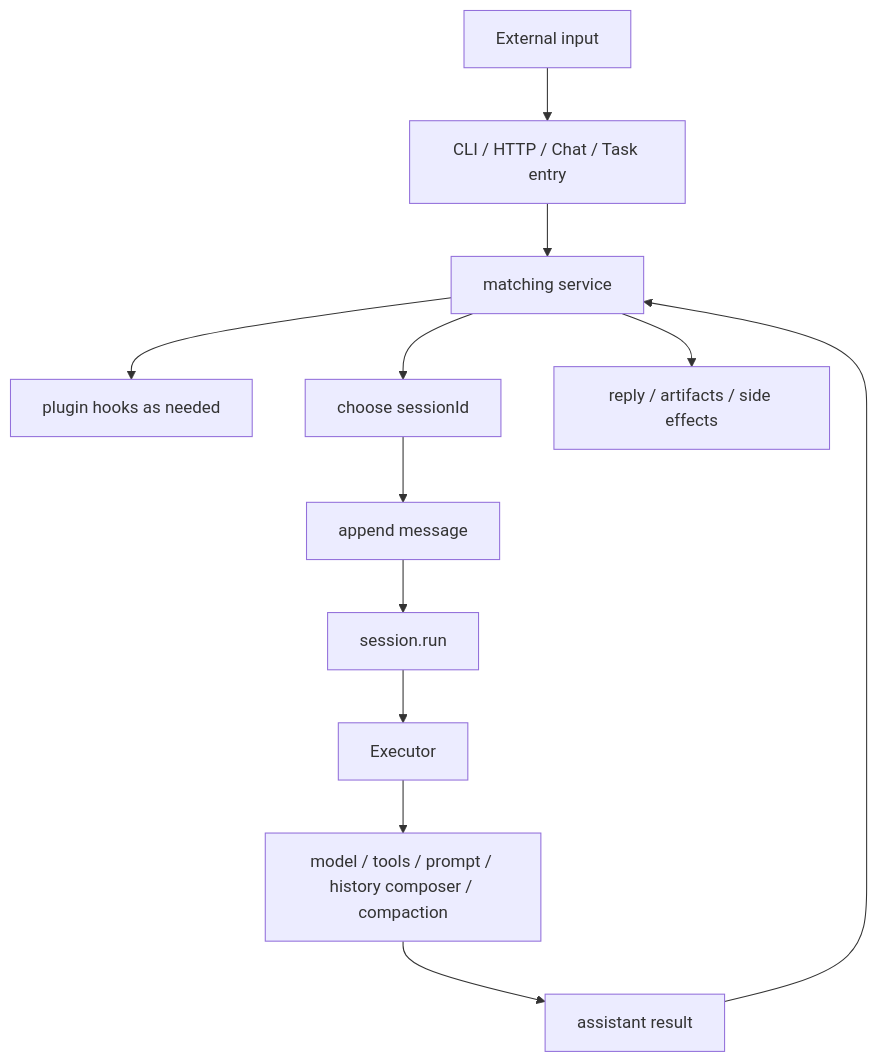
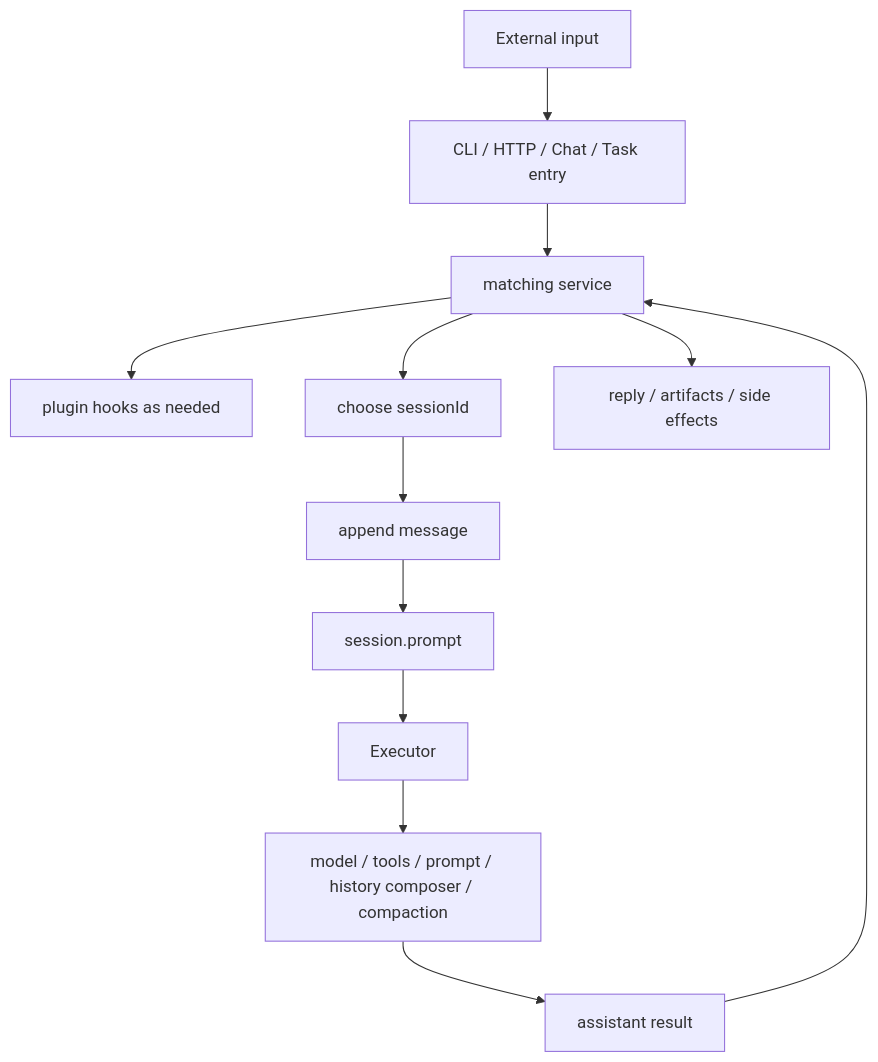
One commit to wangenius/downcity changed the third of 3 diagrams in homepage/content/devdocs/en/architecture/system-logic.mdx. Above: the diagram before and after it, drawn with Mermaid. The commit also changed 100 other files, not shown here.

Commit message:
feat(agent): add session prompt actor api

````diff
--- a/homepage/content/devdocs/en/architecture/system-logic.mdx
+++ b/homepage/content/devdocs/en/architecture/system-logic.mdx
@@ -173,14 +173,14 @@
 ```mermaid
 flowchart TD
   IN["External input"] --> ROUTE["CLI / HTTP / Chat / Task entry"]
   ROUTE --> SERVICE["matching service"]
   SERVICE --> HOOK["plugin hooks as needed"]
   SERVICE --> SID["choose sessionId"]
   SID --> APPEND["append message"]
-  APPEND --> RUN["session.run"]
+  APPEND --> RUN["session.prompt"]
   RUN --> CORE["Executor"]
   CORE --> MODEL["model / tools / prompt / history composer / compaction"]
   MODEL --> RES["assistant result"]
   RES --> SERVICE
   SERVICE --> OUT["reply / artifacts / side effects"]
 ```
````
